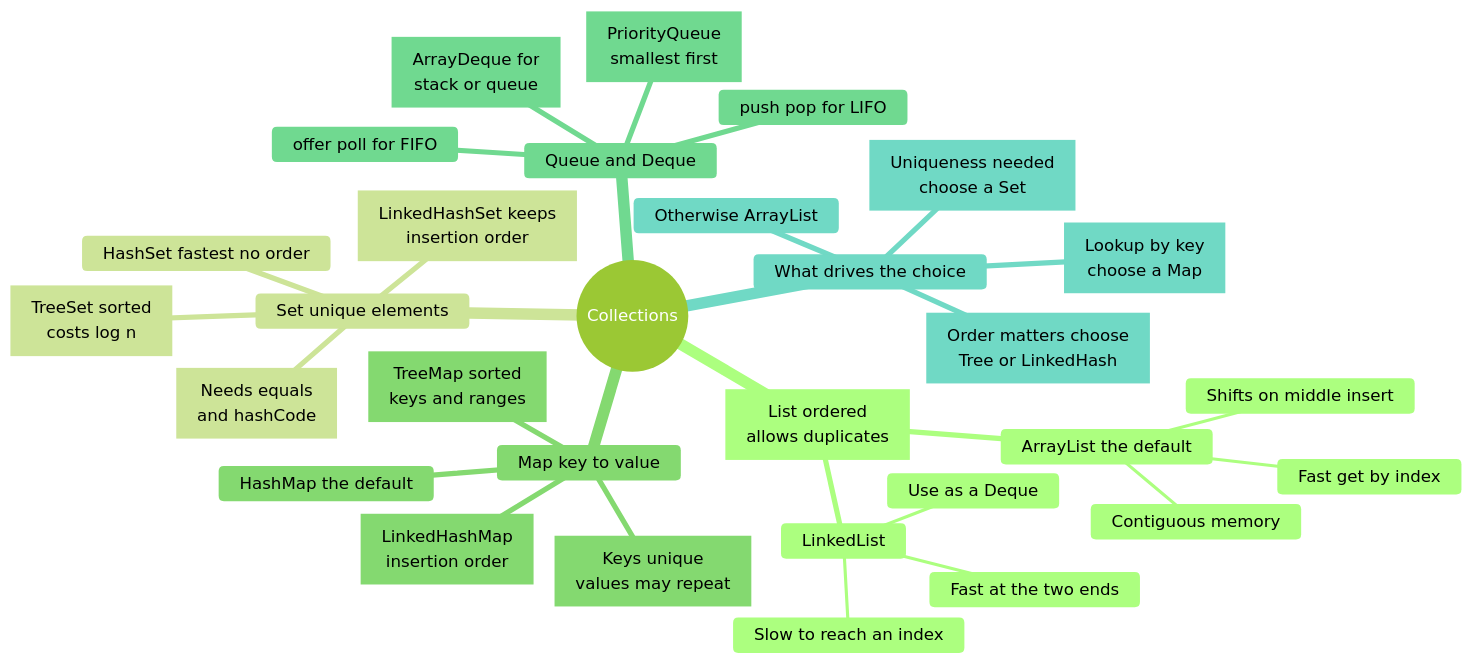
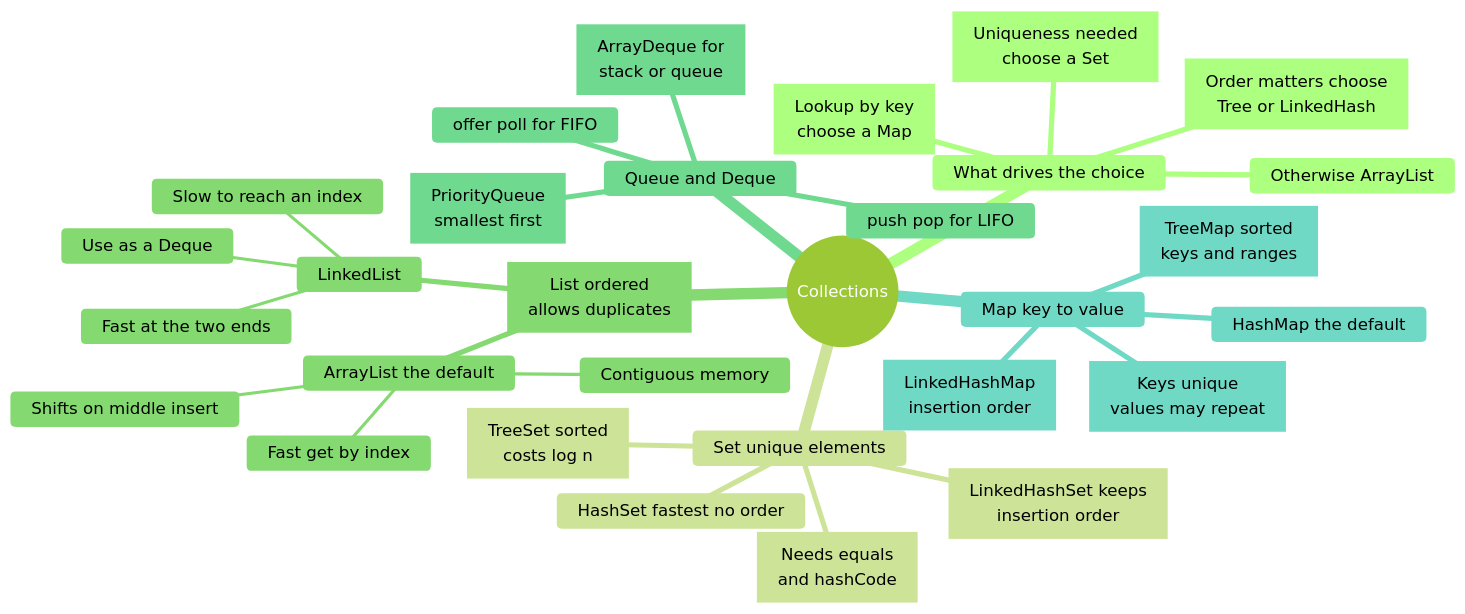
The second of 2 diagrams in notes/shared/mind maps/collections.md (nmcguinness/L8-OOP-Module-Content), drawn with Mermaid before and after one commit. The commit also changed other lines of this file and 4 other files, not shown here.

Commit message:
fixed mindmap label truncation and added admonitions test

````diff
--- a/notes/shared/mind maps/collections.md
+++ b/notes/shared/mind maps/collections.md
@@ -55,54 +55,54 @@
 ```mermaid
 ---
 title: "Collections"
 accDescr: "Mind map of Collections. Branches: List ordered allows duplicates; Set unique elements; Map key to value; Queue and Deque; What drives the choice."
 ---
 %%{init: { "theme": "forest", "markdownAutoWrap": false, "mindmap": { "maxNodeWidth": 300 } }}%%
 mindmap
   root((Collections))
+    What drives the choice
+      n10["`Uniqueness needed
+      choose a Set`"]
+      n11["`Lookup by key
+      choose a Map`"]
+      n12["`Order matters choose
+      Tree or LinkedHash`"]
+      Otherwise ArrayList
+
+    Set unique elements
+      HashSet fastest no order
+      n2["`LinkedHashSet keeps
+      insertion order`"]
+      n3["`TreeSet sorted
+      costs log n`"]
+      n4["`Needs equals
+      and hashCode`"]
+
     n1["`List ordered
     allows duplicates`"]
       ArrayList the default
         Contiguous memory
         Fast get by index
         Shifts on middle insert
       LinkedList
         Fast at the two ends
         Slow to reach an index
         Use as a Deque
 
-    Set unique elements
-      HashSet fastest no order
-      n2["`LinkedHashSet keeps
-      insertion order`"]
-      n3["`TreeSet sorted
-      costs log n`"]
-      n4["`Needs equals
-      and hashCode`"]
+    Queue and Deque
+      n8["`ArrayDeque for
+      stack or queue`"]
+      n9["`PriorityQueue
+      smallest first`"]
+      push pop for LIFO
+      offer poll for FIFO
 
     Map key to value
       HashMap the default
       n5["`LinkedHashMap
       insertion order`"]
       n6["`TreeMap sorted
       keys and ranges`"]
       n7["`Keys unique
       values may repeat`"]
-
-    Queue and Deque
-      n8["`ArrayDeque for
-      stack or queue`"]
-      n9["`PriorityQueue
-      smallest first`"]
-      push pop for LIFO
-      offer poll for FIFO
-
-    What drives the choice
-      n10["`Uniqueness needed
-      choose a Set`"]
-      n11["`Lookup by key
-      choose a Map`"]
-      n12["`Order matters choose
-      Tree or LinkedHash`"]
-      Otherwise ArrayList
 ```
````
